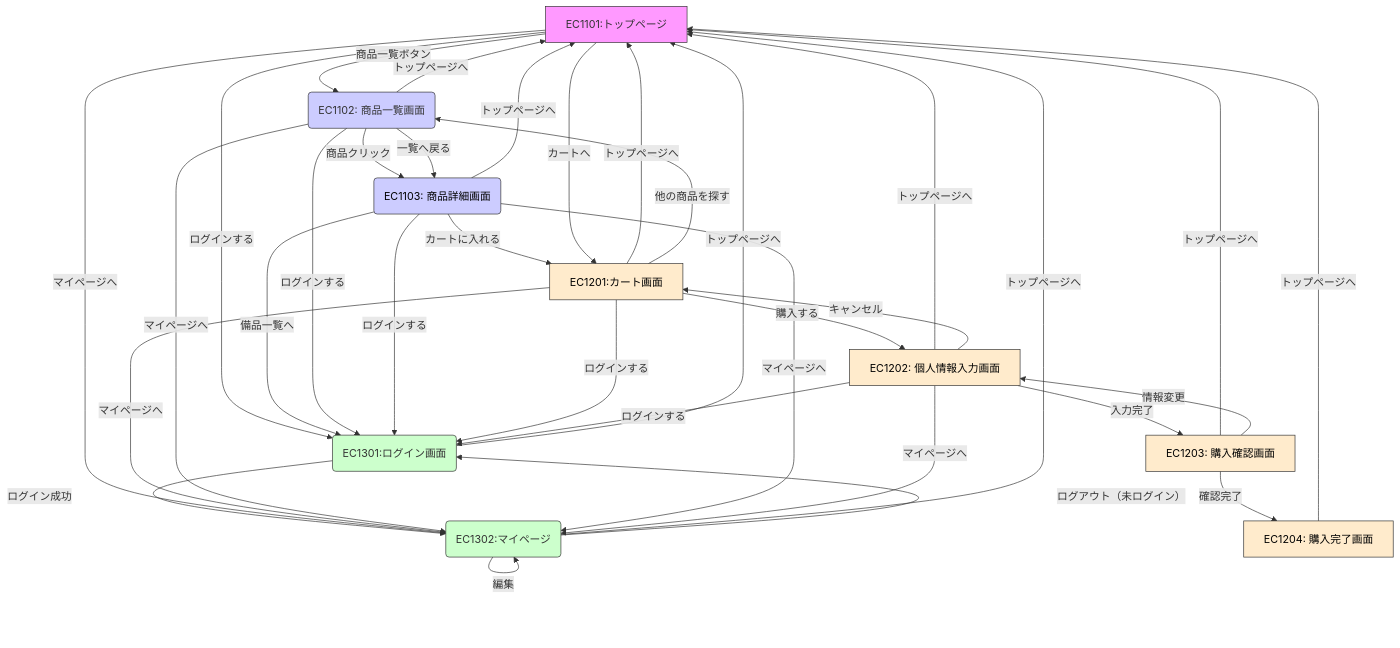
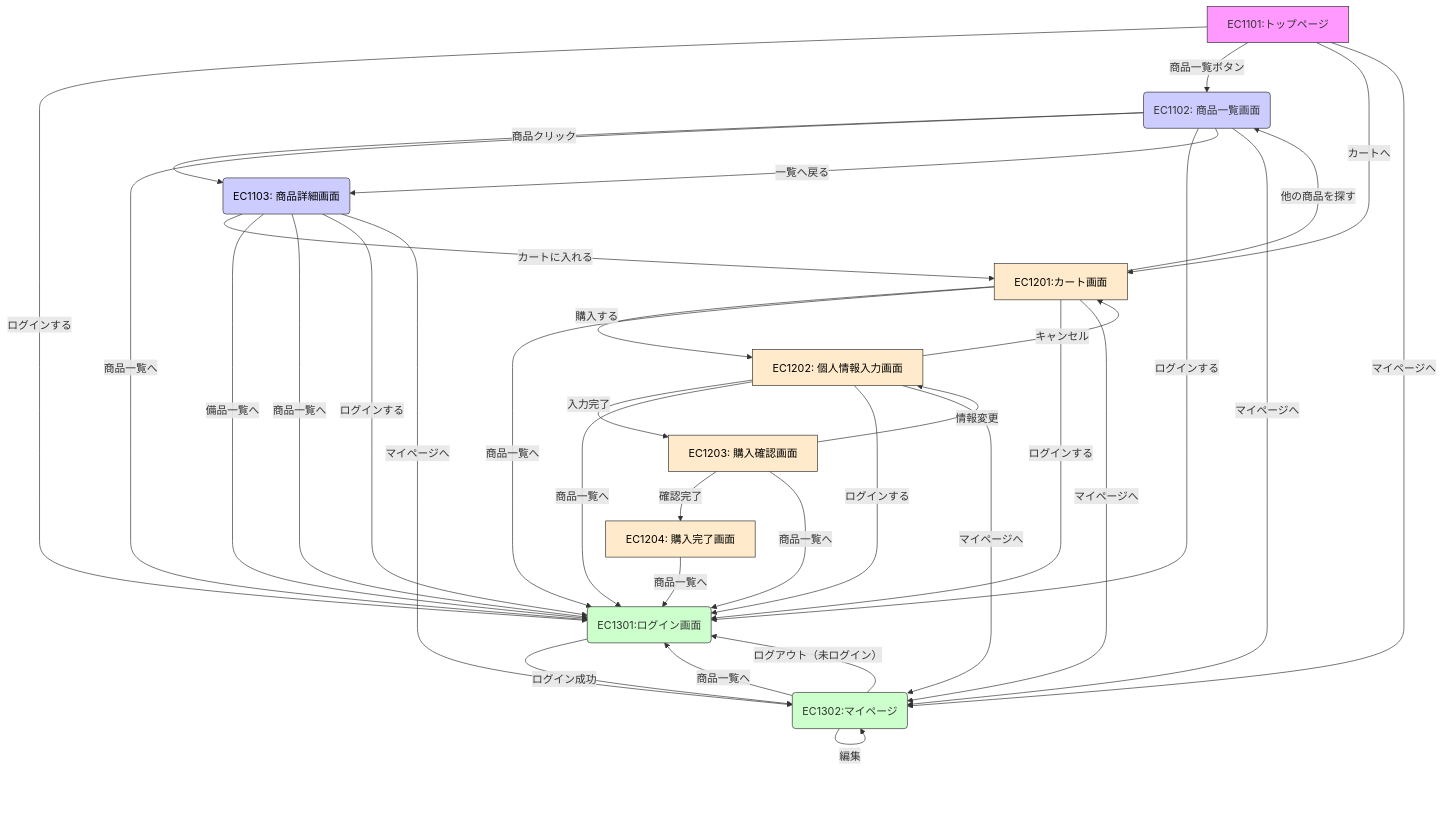
The fourth of 6 diagrams in 基本設計書/基本設計書.md (Rikumt12/Popcorn), drawn with Mermaid before and after one commit.

Commit message:
画面遷移図

````diff
--- a/基本設計書/基本設計書.md
+++ b/基本設計書/基本設計書.md
@@ -195,45 +195,44 @@
 ```mermaid
 graph TD 
     A[EC1101:トップページ] -- ログインする --> B(EC1301:ログイン画面); 
     B -- ログイン成功 --> C(EC1302:マイページ); 
     C -- 編集 --> C; 
     A -- 商品一覧ボタン --> D(EC1102: 商品一覧画面); 
     D -- 商品クリック --> E(EC1103: 商品詳細画面); 
     E -- カートに入れる --> F[EC1201:カート画面]; 
     F -- 購入する --> G[EC1202: 個人情報入力画面]; 
     G -- 入力完了 --> H[EC1203: 購入確認画面]; 
     H -- 確認完了 --> I[EC1204: 購入完了画面]; 
-    E -- 備品一覧へ --> B; 
-    B --トップページへ --> A; 
-    C -- トップページへ --> A; 
-    D -- トップページへ --> A; 
-    E -- トップページへ --> A; 
-    F --トップページへ --> A; 
-    G -- トップページへ --> A; 
-    H -- トップページへ --> A; 
-    I -- トップページへ --> A;
+    E -- 備品一覧へ --> B;  
+    C -- 商品一覧へ --> B; 
+    D -- 商品一覧へ --> B; 
+    E -- 商品一覧へ --> B; 
+    F --商品一覧へ --> B; 
+    G -- 商品一覧へ --> B; 
+    H -- 商品一覧へ --> B; 
+    I -- 商品一覧へ --> B;
     A --カートへ --> F;
     F --他の商品を探す --> D;
     D --ログインする --> B;
     E --ログインする --> B;
     F --ログインする --> B;
     G --ログインする --> B;
     D --一覧へ戻る --> E;
     C --ログアウト（未ログイン） --> B;
     A --マイページへ --> C;
     F --マイページへ --> C;
     D --マイページへ --> C;
     E --マイページへ --> C;
     G --マイページへ --> C;
     H -- 情報変更 --> G;
     G -- キャンセル --> F;
     style A fill:#f9f,stroke:#333,stroke-width:1px 
     style B fill:#ccffcc,stroke:#333,stroke-width:1px 
     style C fill:#ccffcc,stroke:#333,stroke-width:1px 
     style D fill:#ccf,stroke:#333,stroke-width:1px 
     style E fill:#ccf,stroke:#333,stroke-width:1px,color:#000 
     style F fill:#ffebcc,stroke:#333,stroke-width:1px,color:#000 
     style G fill:#ffebcc,stroke:#333,stroke-width:1px,color:#000 
     style H fill:#ffebcc,stroke:#333,stroke-width:1px,color:#000 
     style I fill:#ffebcc,stroke:#333,stroke-width:1px,color:#000 
 ``` 
````
